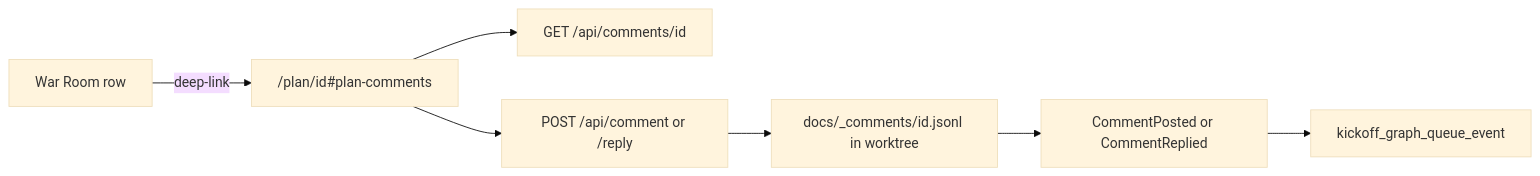
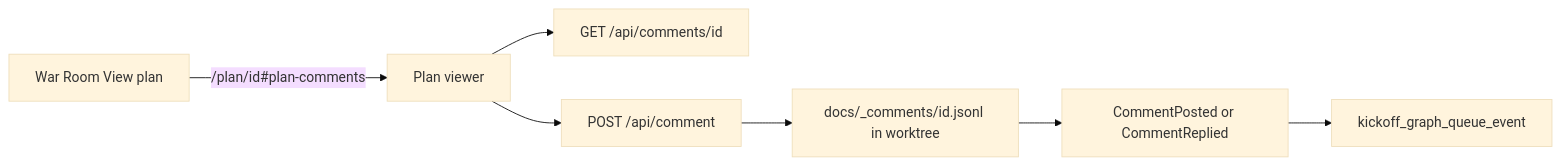
Before and after one commit to vincentc-b/CascadeCode: the diagram in docs/features/1_backlog/feat_016_comment_read_api_and_war_room_wiring.md, drawn with Mermaid (base theme). The commit also changed other lines of this file, not shown here.

Commit message:
docs: feat_016 Comment read API and War Room wiring

````diff
--- a/docs/features/1_backlog/feat_016_comment_read_api_and_war_room_wiring.md
+++ b/docs/features/1_backlog/feat_016_comment_read_api_and_war_room_wiring.md
@@ -102,9 +99,9 @@
 ```mermaid
 flowchart LR
-  WR[War Room row] -->|deep-link| PV["/plan/id#plan-comments"]
+  WR[War Room View plan] -->|"/plan/id#plan-comments"| PV[Plan viewer]
   PV --> GET[GET /api/comments/id]
-  PV --> POST[POST /api/comment or /reply]
+  PV --> POST[POST /api/comment]
   POST --> STORE["docs/_comments/id.jsonl in worktree"]
   STORE --> Q[CommentPosted or CommentReplied]
   Q --> KO[kickoff_graph_queue_event]
 ```
````
